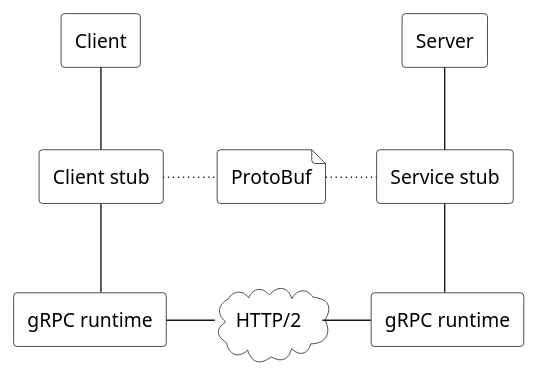
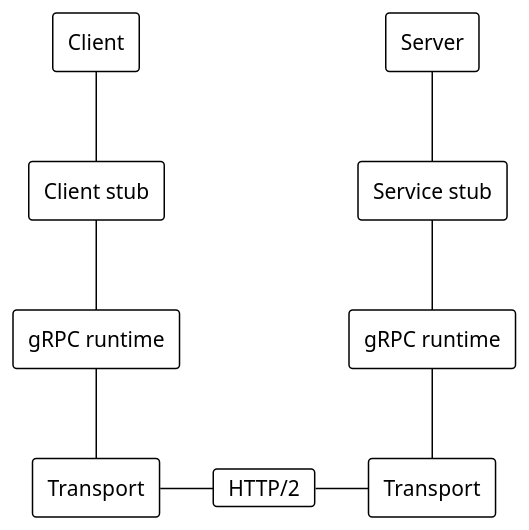
One commit to c0p4c4b4n4/grpc-grpc-java changed the diagram in images/gRPC.puml. Above: the diagram before and after it, drawn with PlantUML. The commit also changed 4 other files, not shown here.

```diff
--- a/images/gRPC.puml
+++ b/images/gRPC.puml
@@ -1,44 +1,48 @@
 @startuml
-
-scale 1.1
+!theme mono
+scale 1.2
 skinparam linetype ortho
 
-skinparam rectangle {
-  BackgroundColor transparent
-  BorderColor black
-}
-
-skinparam file {
-  BackgroundColor transparent
-  BorderColor black
-}
-
-skinparam cloud {
-  BackgroundColor transparent
-  BorderColor black
-}
+'skinparam rectangle {
+'  BackgroundColor transparent
+'  BorderColor black
+'}
+'
+'skinparam file {
+'  BackgroundColor transparent
+'  BorderColor black
+'}
+'
+'skinparam cloud {
+'  BackgroundColor transparent
+'  BorderColor black
+'}
 
 rectangle "Client" as C1
 rectangle "Client stub" as C2
 rectangle "gRPC runtime" as C3
+rectangle "Transport" as C4
 
 rectangle "Server" as S1
 rectangle "Service stub" as S2
 rectangle "gRPC runtime" as S3
+rectangle "Transport" as S4
 
-file "ProtoBuf" as P
-cloud "HTTP/2" as H
+'file "ProtoBuf" as P
+card "HTTP/2" as H
 
 C1 -down- C2
 C2 -down- C3
+C3 -down- C4
 
 S1 -down- S2
 S2 -down- S3
+S3 -down- S4
 
-C2 --[dotted]right-- P
-P --[dotted]right-- S2
+'C2 --[dotted]right-- P
+'P --[dotted]right-- S2
 
-C3 --right-- H
-H --right-- S3
+C4 --right-- H
+H --right-- S4
 
 @enduml
```
